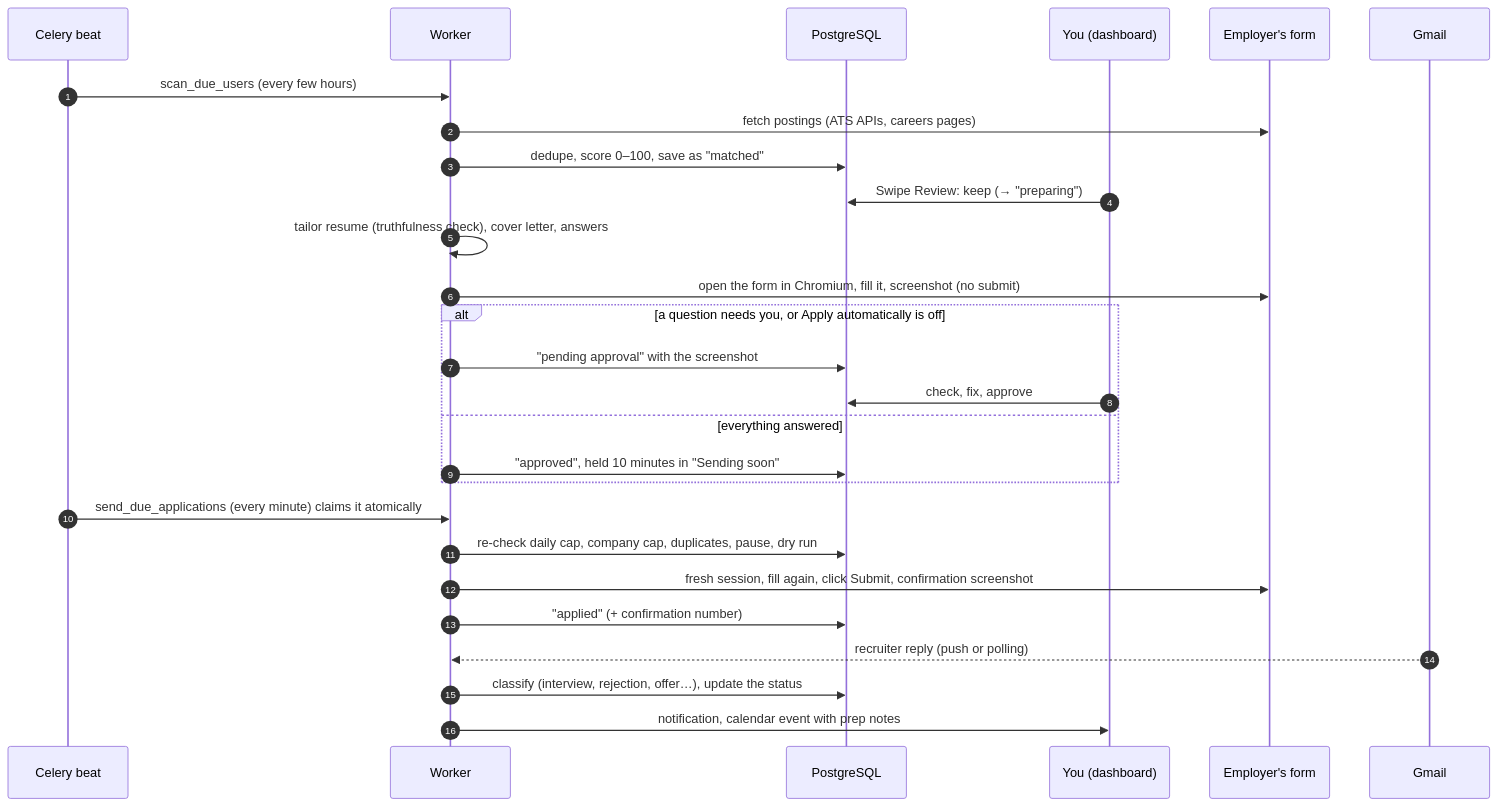
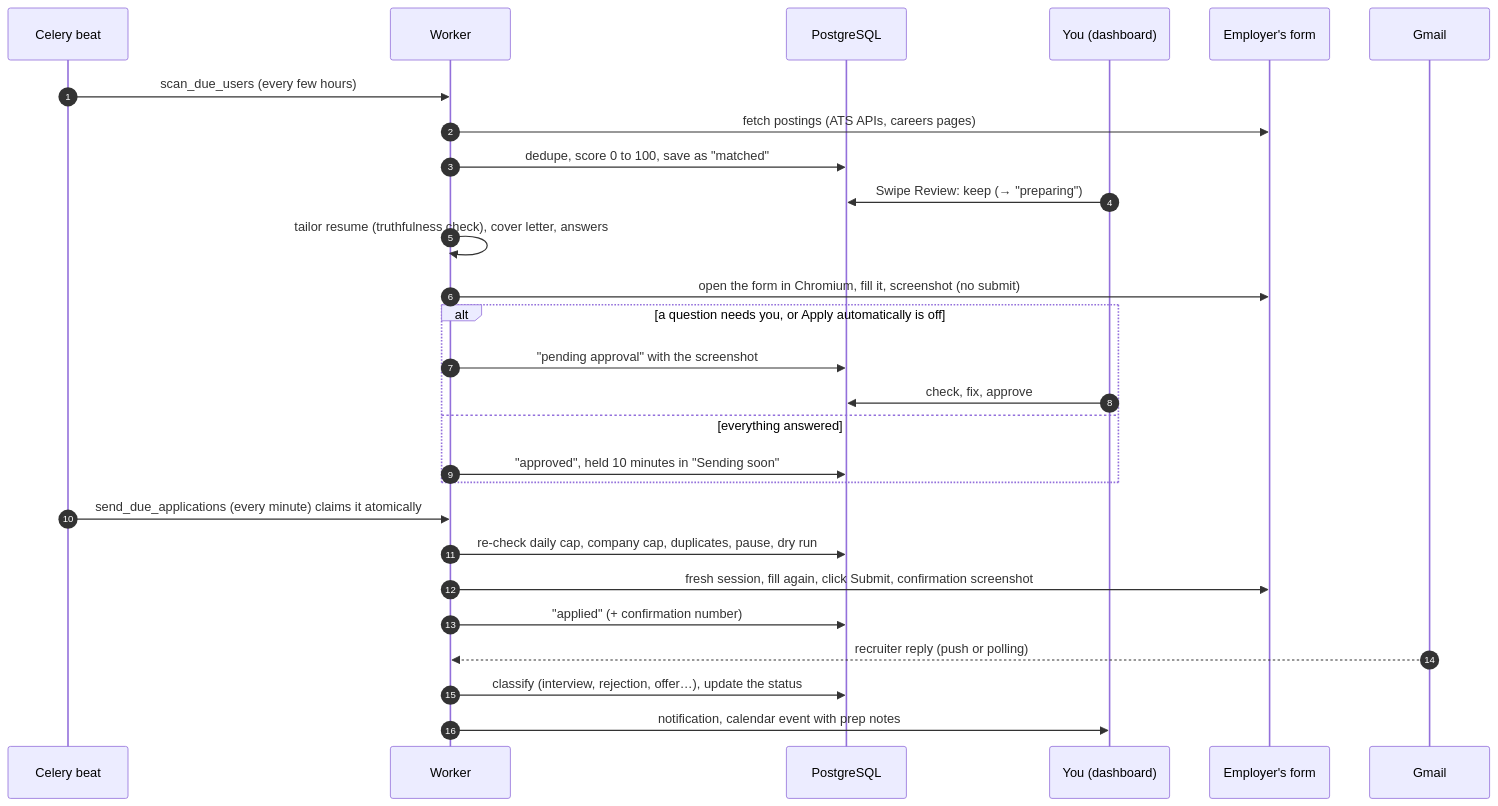
One commit to saksham-eng560/TinyFish changed the second of 2 diagrams in docs/ARCHITECTURE.md. Above: the diagram before and after it, drawn with Mermaid. The commit also changed other lines of this file and 74 other files, not shown here.

````diff
--- a/docs/ARCHITECTURE.md
+++ b/docs/ARCHITECTURE.md
@@ -64,30 +64,30 @@
 ```mermaid
 sequenceDiagram
     autonumber
     participant B as Celery beat
     participant W as Worker
     participant DB as PostgreSQL
     participant U as You (dashboard)
     participant F as Employer's form
     participant G as Gmail
 
     B->>W: scan_due_users (every few hours)
     W->>F: fetch postings (ATS APIs, careers pages)
-    W->>DB: dedupe, score 0–100, save as "matched"
+    W->>DB: dedupe, score 0 to 100, save as "matched"
     U->>DB: Swipe Review: keep (→ "preparing")
     W->>W: tailor resume (truthfulness check), cover letter, answers
     W->>F: open the form in Chromium, fill it, screenshot (no submit)
     alt a question needs you, or Apply automatically is off
         W->>DB: "pending approval" with the screenshot
         U->>DB: check, fix, approve
     else everything answered
         W->>DB: "approved", held 10 minutes in "Sending soon"
     end
     B->>W: send_due_applications (every minute) claims it atomically
     W->>DB: re-check daily cap, company cap, duplicates, pause, dry run
     W->>F: fresh session, fill again, click Submit, confirmation screenshot
     W->>DB: "applied" (+ confirmation number)
     G-->>W: recruiter reply (push or polling)
     W->>DB: classify (interview, rejection, offer…), update the status
     W->>U: notification, calendar event with prep notes
 ```
````
